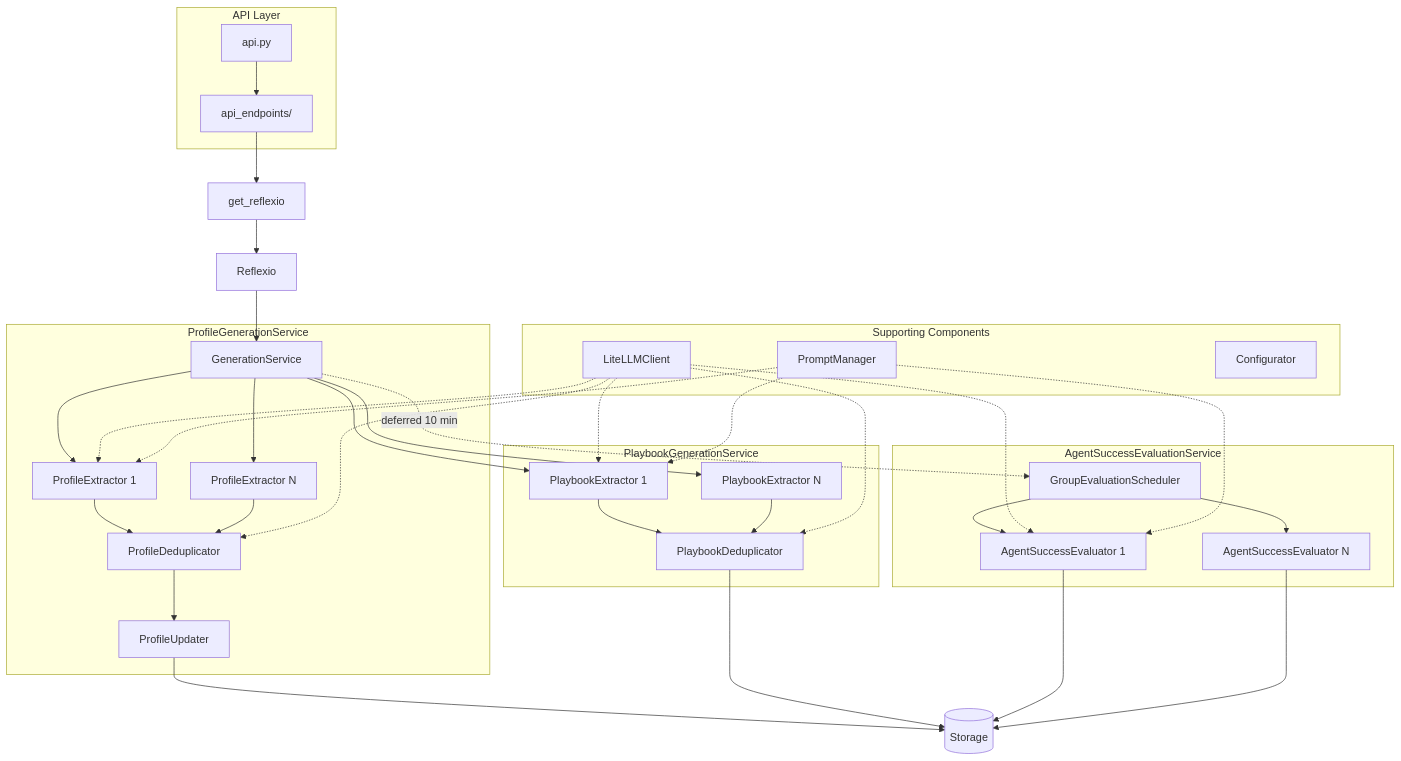
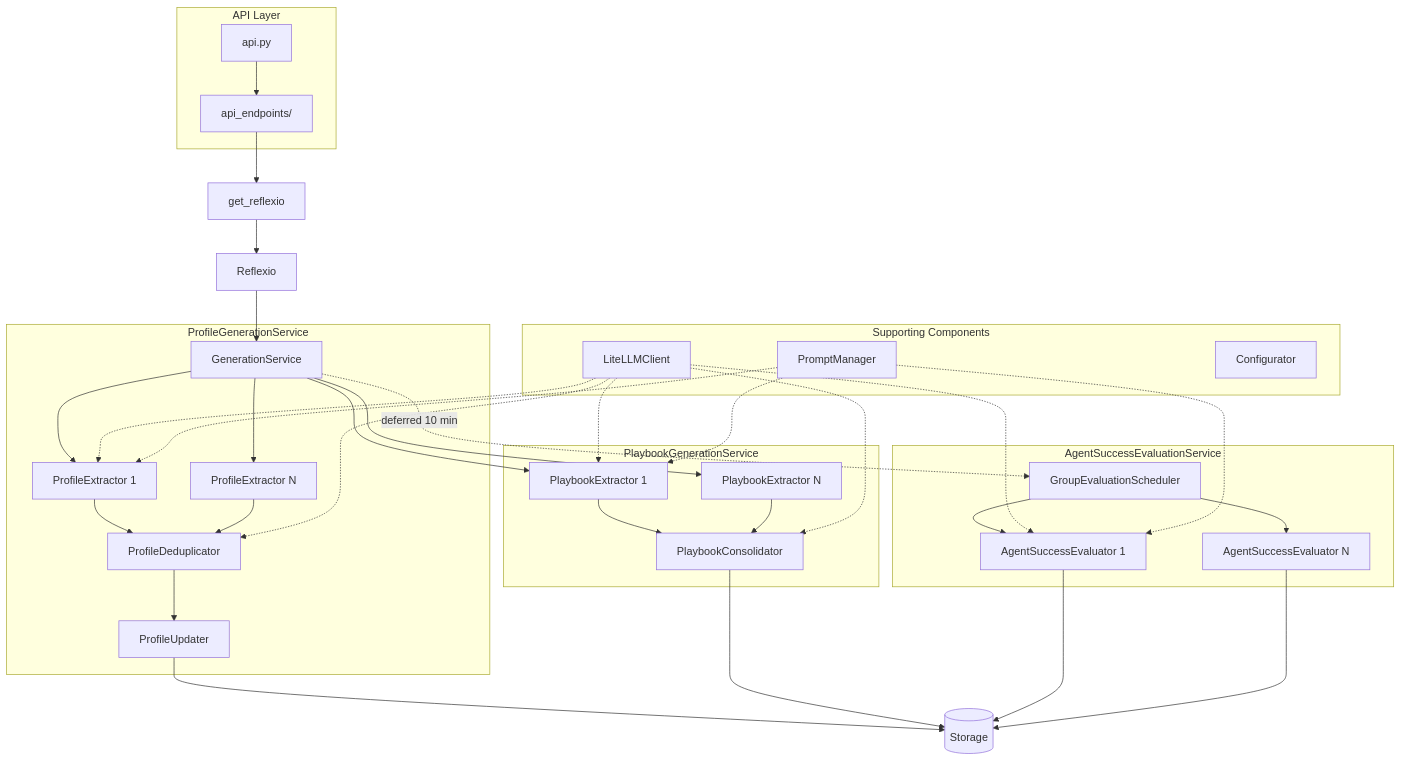
Before and after one commit to ReflexioAI/reflexio-zendesk: the diagram in reflexio/server/README.md, drawn with Mermaid. The commit also changed other lines of this file and 120 other files, not shown here.

````diff
--- a/reflexio/server/README.md
+++ b/reflexio/server/README.md
@@ -486,51 +486,51 @@
 ```mermaid
 flowchart TB
     subgraph API["API Layer"]
         A[api.py] --> B[api_endpoints/]
     end
 
     B --> C[get_reflexio]
     C --> D[Reflexio]
     D --> E[GenerationService]
 
     subgraph ProfileService["ProfileGenerationService"]
         E --> F1[ProfileExtractor 1]
         E --> F2[ProfileExtractor N]
         F1 --> PD[ProfileDeduplicator]
         F2 --> PD
         PD --> PU[ProfileUpdater]
     end
 
     subgraph PlaybookService["PlaybookGenerationService"]
         E --> G1[PlaybookExtractor 1]
         E --> G2[PlaybookExtractor N]
-        G1 --> FD[PlaybookDeduplicator]
+        G1 --> FD[PlaybookConsolidator]
         G2 --> FD
     end
 
     subgraph EvalService["AgentSuccessEvaluationService"]
         E -.->|deferred 10 min| SCH[GroupEvaluationScheduler]
         SCH --> H1[AgentSuccessEvaluator 1]
         SCH --> H2[AgentSuccessEvaluator N]
     end
 
     PU --> I[(Storage)]
     FD --> I
     H1 --> I
     H2 --> I
 
     subgraph Support["Supporting Components"]
         J[LiteLLMClient]
         K[PromptManager]
         L[Configurator]
     end
 
     J -.-> F1
     J -.-> G1
     J -.-> H1
     J -.-> PD
     J -.-> FD
     K -.-> F1
     K -.-> G1
     K -.-> H1
 ```
````
